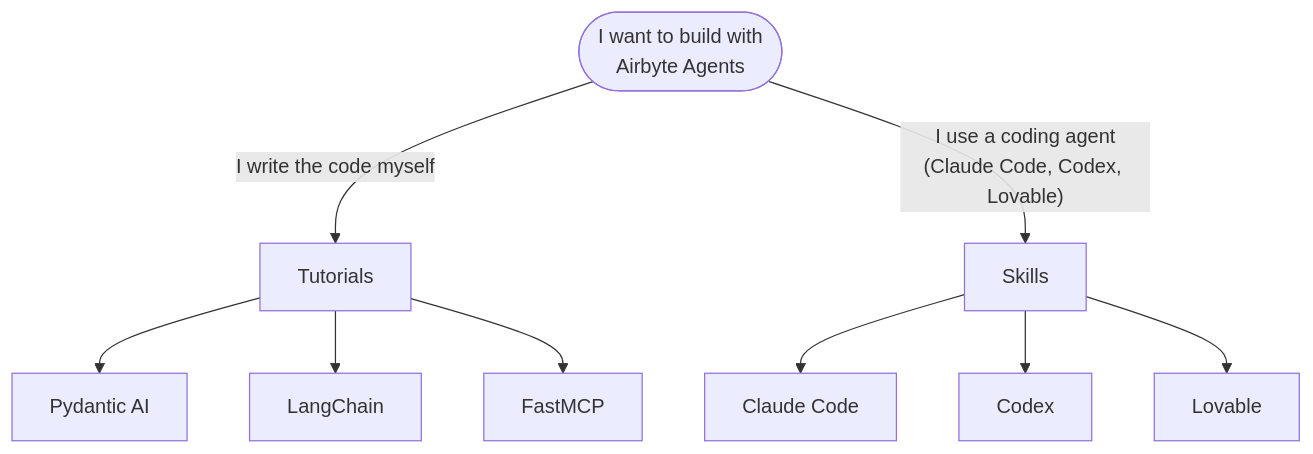
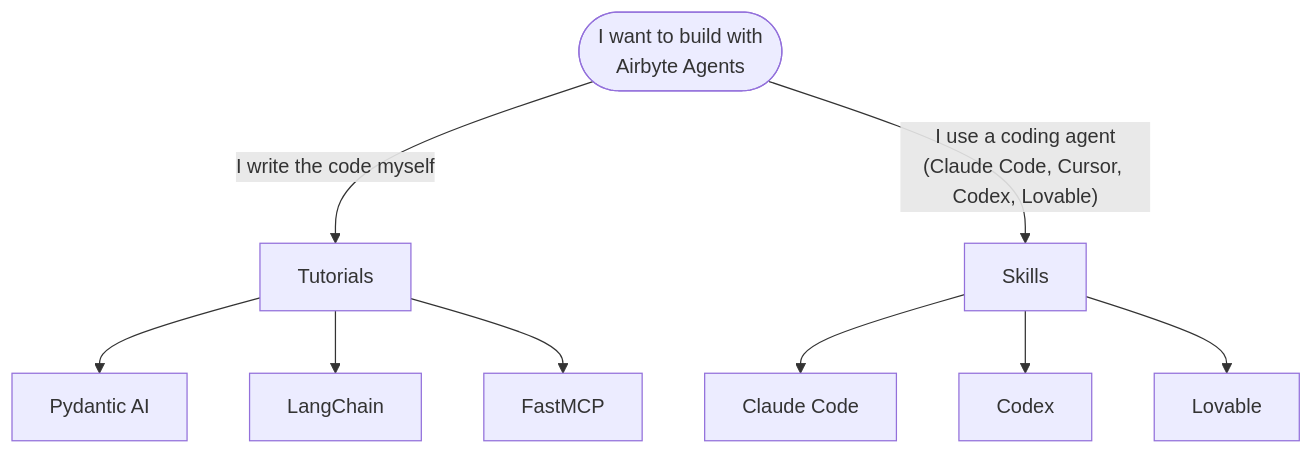
Before and after one commit to youngd-lunit/airbyte: the diagram in docs/ai-agents/get-started/developer-quickstart/readme.md, drawn with Mermaid. The commit also changed other lines of this file and 8 other files, not shown here.

````diff
--- a/docs/ai-agents/get-started/developer-quickstart/readme.md
+++ b/docs/ai-agents/get-started/developer-quickstart/readme.md
@@ -10,14 +10,14 @@
 ```mermaid
 flowchart TD
     START(["I want to build with<br/>Airbyte Agents"])
     START -->|"I write the code myself"| TUT["Tutorials"]
-    START -->|"I use a coding agent<br/>(Claude Code, Codex, Lovable)"| SKILL["Skills"]
+    START -->|"I use a coding agent<br/>(Claude Code, Cursor, Codex, Lovable)"| SKILL["Skills"]
 
     TUT --> T1["Pydantic AI"]
     TUT --> T2["LangChain"]
     TUT --> T3["FastMCP"]
 
     SKILL --> S1["Claude Code"]
     SKILL --> S2["Codex"]
     SKILL --> S3["Lovable"]
 ```
````
